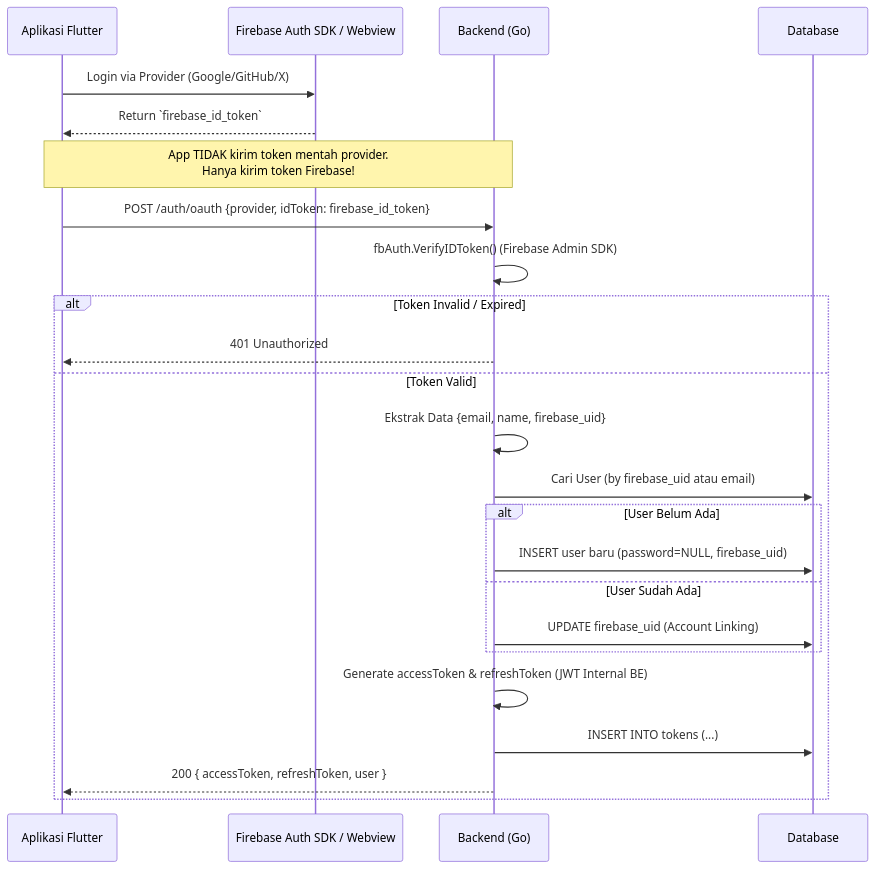
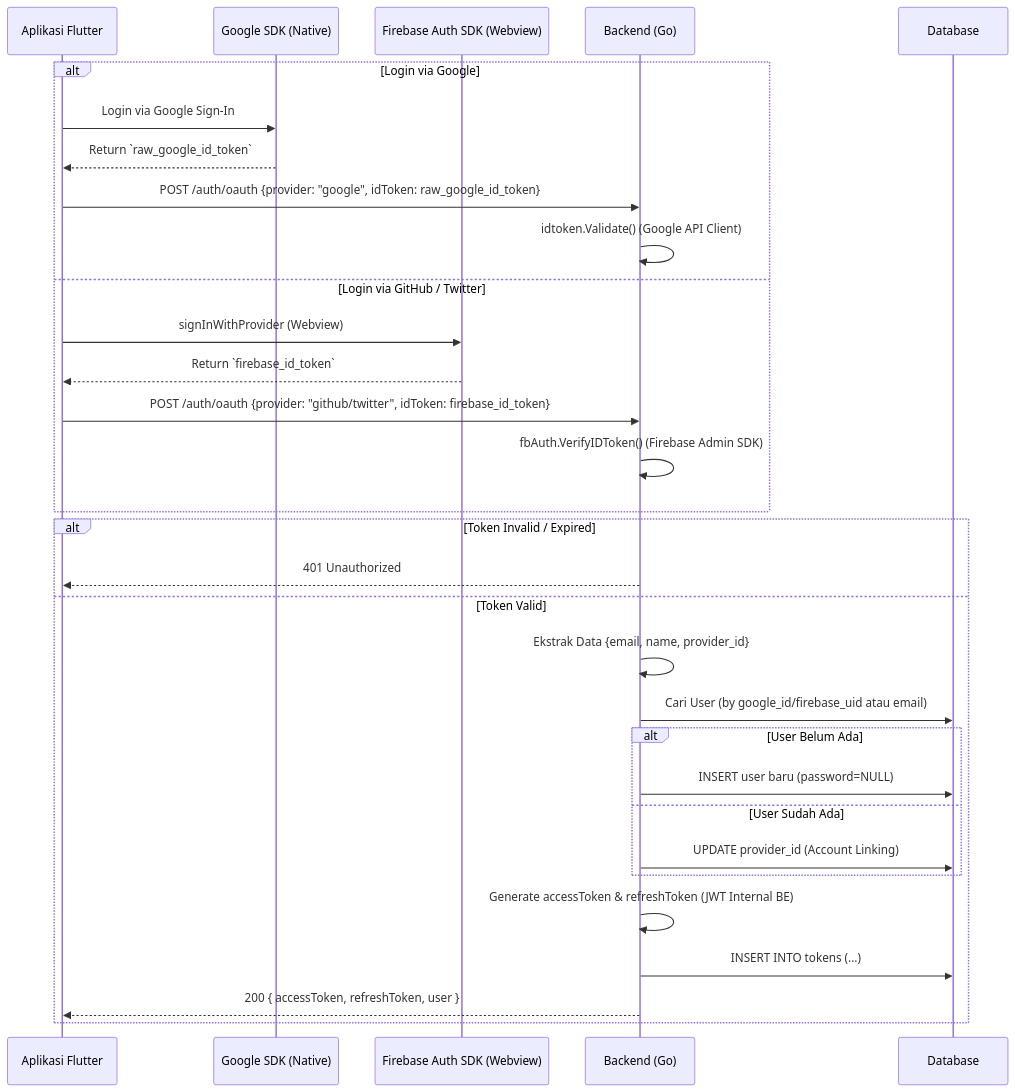
The third of 6 diagrams in docs/AUTH.md (nunutech40/open-api-free-news), drawn with Mermaid before and after one commit. The commit also changed other lines of this file, not shown here.

Commit message:
docs: update hybrid OAuth social login architecture

````diff
--- a/docs/AUTH.md
+++ b/docs/AUTH.md
@@ -104,31 +106,37 @@
 ```mermaid
 sequenceDiagram
     participant App as Aplikasi Flutter
-    participant FB as Firebase Auth SDK / Webview
+    participant Native as Google SDK (Native)
+    participant FB as Firebase Auth SDK (Webview)
     participant BE as Backend (Go)
     participant DB as Database
 
-    App->>FB: Login via Provider (Google/GitHub/X)
-    FB-->>App: Return `firebase_id_token`
-    
-    Note over App, BE: App TIDAK kirim token mentah provider.<br/>Hanya kirim token Firebase!
-    App->>BE: POST /auth/oauth {provider, idToken: firebase_id_token}
-    BE->>BE: fbAuth.VerifyIDToken() (Firebase Admin SDK)
+    alt Login via Google
+        App->>Native: Login via Google Sign-In
+        Native-->>App: Return `raw_google_id_token`
+        App->>BE: POST /auth/oauth {provider: "google", idToken: raw_google_id_token}
+        BE->>BE: idtoken.Validate() (Google API Client)
+    else Login via GitHub / Twitter
+        App->>FB: signInWithProvider (Webview)
+        FB-->>App: Return `firebase_id_token`
+        App->>BE: POST /auth/oauth {provider: "github/twitter", idToken: firebase_id_token}
+        BE->>BE: fbAuth.VerifyIDToken() (Firebase Admin SDK)
+    end
     
     alt Token Invalid / Expired
         BE-->>App: 401 Unauthorized
     else Token Valid
-        BE->>BE: Ekstrak Data {email, name, firebase_uid}
-        BE->>DB: Cari User (by firebase_uid atau email)
+        BE->>BE: Ekstrak Data {email, name, provider_id}
+        BE->>DB: Cari User (by google_id/firebase_uid atau email)
         
         alt User Belum Ada
-            BE->>DB: INSERT user baru (password=NULL, firebase_uid)
+            BE->>DB: INSERT user baru (password=NULL)
         else User Sudah Ada
-            BE->>DB: UPDATE firebase_uid (Account Linking)
+            BE->>DB: UPDATE provider_id (Account Linking)
         end
         
         BE->>BE: Generate accessToken & refreshToken (JWT Internal BE)
         BE->>DB: INSERT INTO tokens (...)
         BE-->>App: 200 { accessToken, refreshToken, user }
     end
 ```
````
